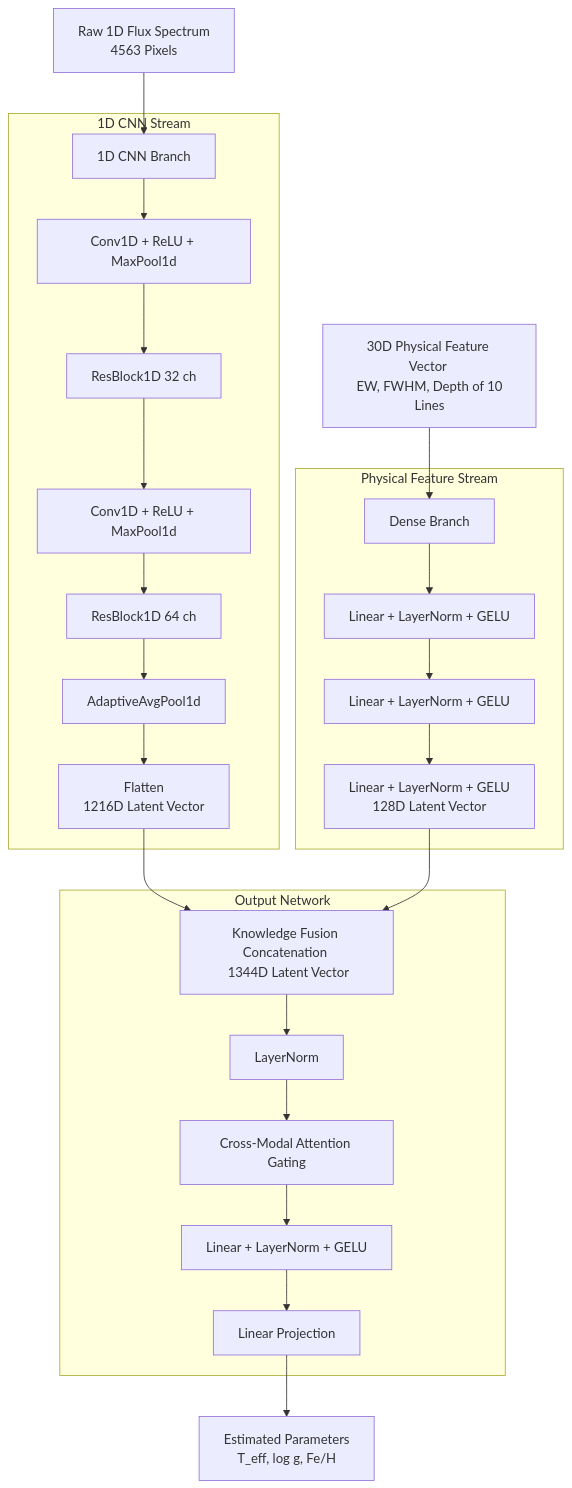
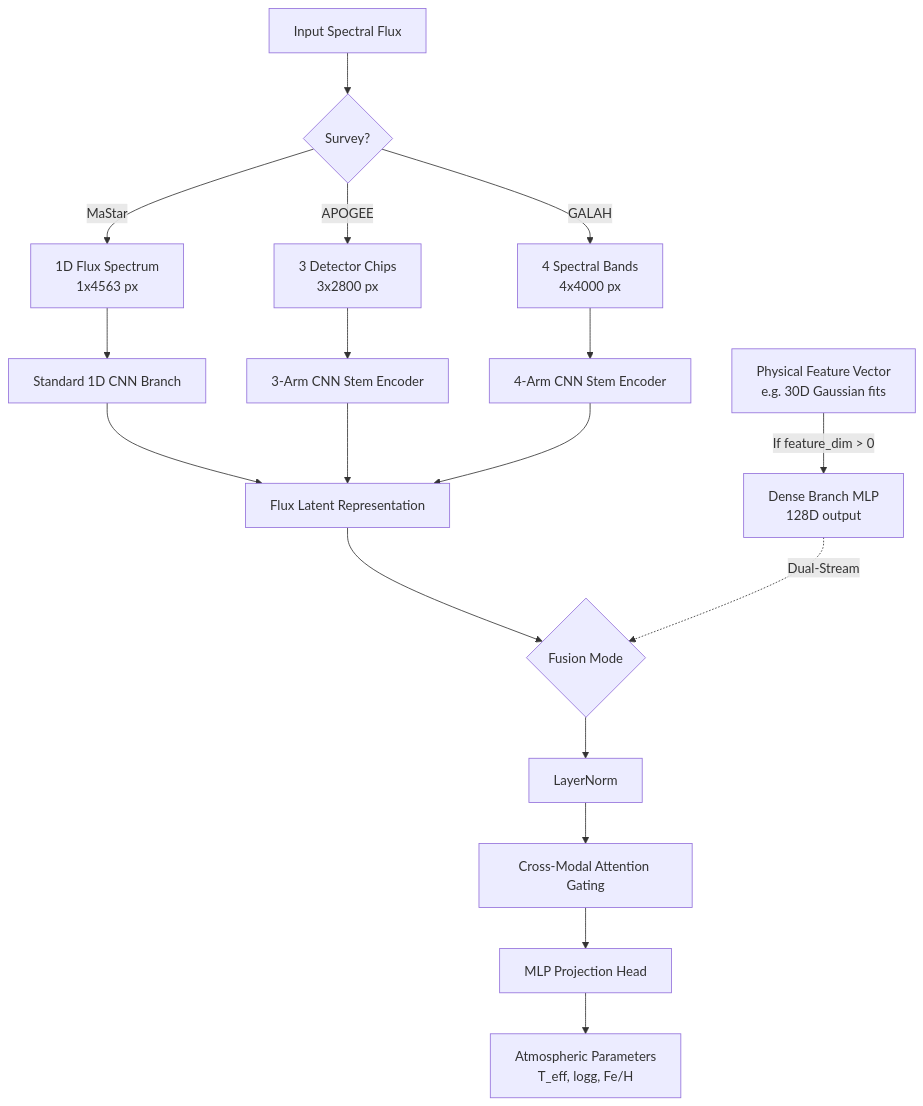
One commit to jkmanyeEx/StellarParameterHybridNet changed the diagram in README.md. Above: the diagram before and after it, drawn with Mermaid. The commit also changed other lines of this file and 78 other files, not shown here.

````diff
--- a/README.md
+++ b/README.md
@@ -131,37 +141,31 @@
 ```mermaid
 graph TD
     %% Input Layer
-    InFlux[Raw 1D Flux Spectrum <br> 4563 Pixels] --> CNNBranch[1D CNN Branch]
-    InFeat[30D Physical Feature Vector <br> EW, FWHM, Depth of 10 Lines] --> DenseBranch[Dense Branch]
+    InFlux[Input Spectral Flux] --> ArmSplit{Survey?}
+    ArmSplit -->|MaStar| SingleArm[1D Flux Spectrum <br> 1x4563 px]
+    ArmSplit -->|APOGEE| TriArm[3 Detector Chips <br> 3x2800 px]
+    ArmSplit -->|GALAH| QuadArm[4 Spectral Bands <br> 4x4000 px]
     
-    %% CNN Branch Detail
-    subgraph 1D CNN Stream
-        CNNBranch --> Conv1[Conv1D + ReLU + MaxPool1d]
-        Conv1 --> Res1[ResBlock1D 32 ch]
-        Res1 --> Conv2[Conv1D + ReLU + MaxPool1d]
-        Conv2 --> Res2[ResBlock1D 64 ch]
-        Res2 --> AvgPool[AdaptiveAvgPool1d]
-        AvgPool --> Flat[Flatten <br> 1216D Latent Vector]
-    end
+    %% CNN Branch
+    SingleArm --> CNN_MaStar[Standard 1D CNN Branch]
+    TriArm --> CNN_Apogee[3-Arm CNN Stem Encoder]
+    QuadArm --> CNN_Galah[4-Arm CNN Stem Encoder]
     
-    %% Feature Branch Detail
-    subgraph Physical Feature Stream
-        DenseBranch --> FC1[Linear + LayerNorm + GELU]
-        FC1 --> FC2[Linear + LayerNorm + GELU]
-        FC2 --> FC3[Linear + LayerNorm + GELU <br> 128D Latent Vector]
-    end
+    %% CNN Outputs
+    CNN_MaStar --> FlatFlux[Flux Latent Representation]
+    CNN_Apogee --> FlatFlux
+    CNN_Galah --> FlatFlux
     
-    %% Knowledge Fusion & Attention
-    Flat --> Concat[Knowledge Fusion Concatenation <br> 1344D Latent Vector]
-    FC3 --> Concat
+    %% Physical Branch
+    InFeat[Physical Feature Vector <br> e.g. 30D Gaussian fits] -->|If feature_dim > 0| DenseBranch[Dense Branch MLP <br> 128D output]
     
-    subgraph Output Network
-        Concat --> LN1[LayerNorm]
-        LN1 --> CMA[Cross-Modal Attention Gating]
-        CMA --> MLP[Linear + LayerNorm + GELU]
-        MLP --> OutProj[Linear Projection]
-    end
+    %% Knowledge Fusion
+    FlatFlux --> Fusion{Fusion Mode}
+    DenseBranch -.->|Dual-Stream| Fusion
     
-    %% Predictions
-    OutProj --> Predictions[Estimated Parameters <br> T_eff, log g, Fe/H]
+    %% Output
+    Fusion --> LN1[LayerNorm]
+    LN1 --> CMA[Cross-Modal Attention Gating]
+    CMA --> MLP[MLP Projection Head]
+    MLP --> Predictions[Atmospheric Parameters <br> T_eff, logg, Fe/H]
 ```
````
